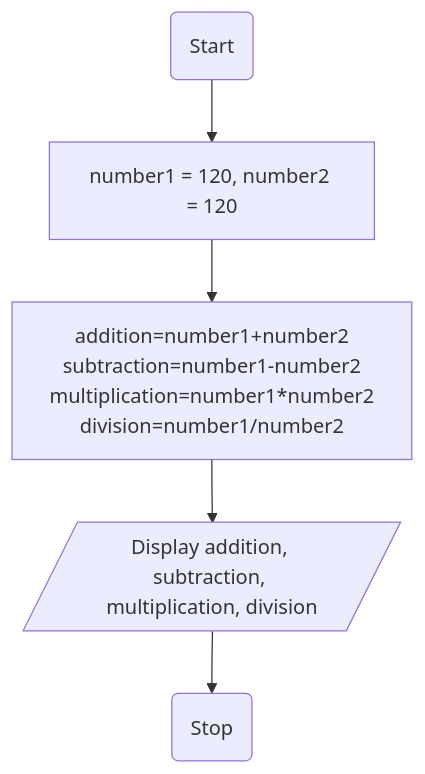
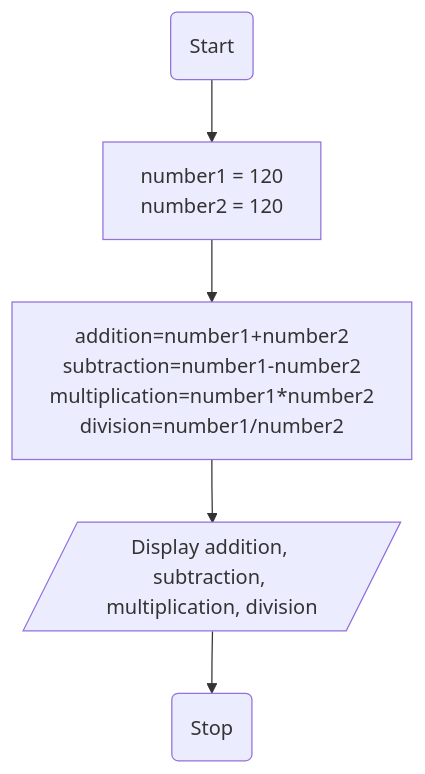
The third of 8 diagrams in README.md (jayani-athukorala/java-fundamentals-exercise), drawn with Mermaid before and after one commit. The commit also changed other lines of this file, not shown here.

Commit message:
Modification to Q8 flowchart

````diff
--- a/README.md
+++ b/README.md
@@ -100,7 +100,7 @@
 ```mermaid
 flowchart TD
-    A(Start) --> B[number1 = 120, number2 = 120]
+    A(Start) --> B[number1 = 120<br>number2 = 120]
     B --> C[addition=number1+number2<br>subtraction=number1-number2<br>multiplication=number1*number2<br>division=number1/number2]
     C --> D[/Display addition, subtraction, multiplication, division/]
     D --> E(Stop)
 ```
````
